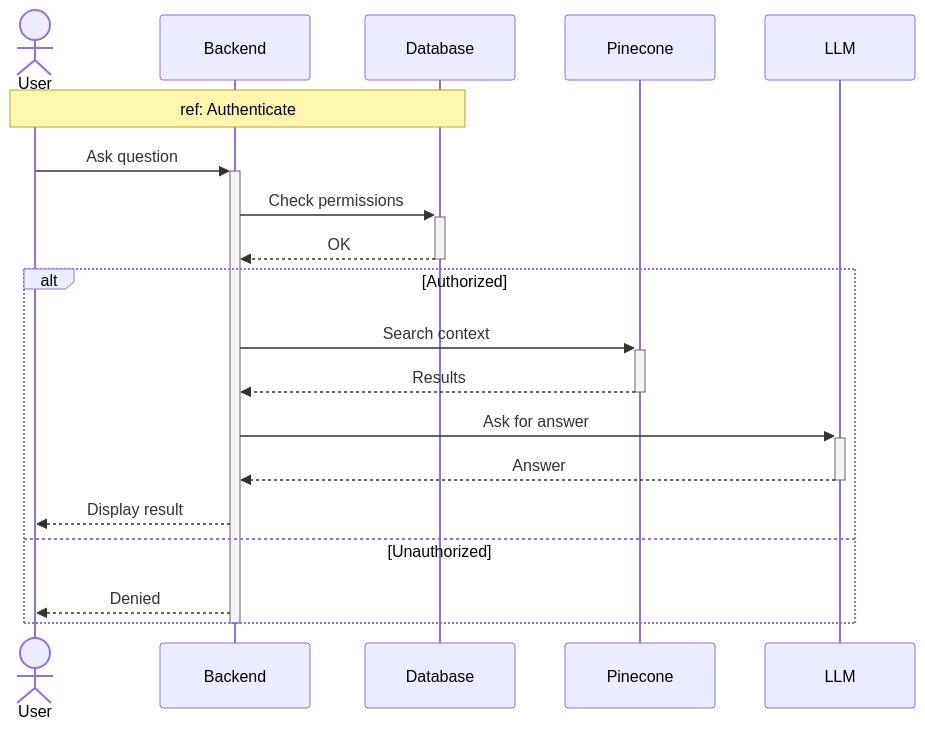
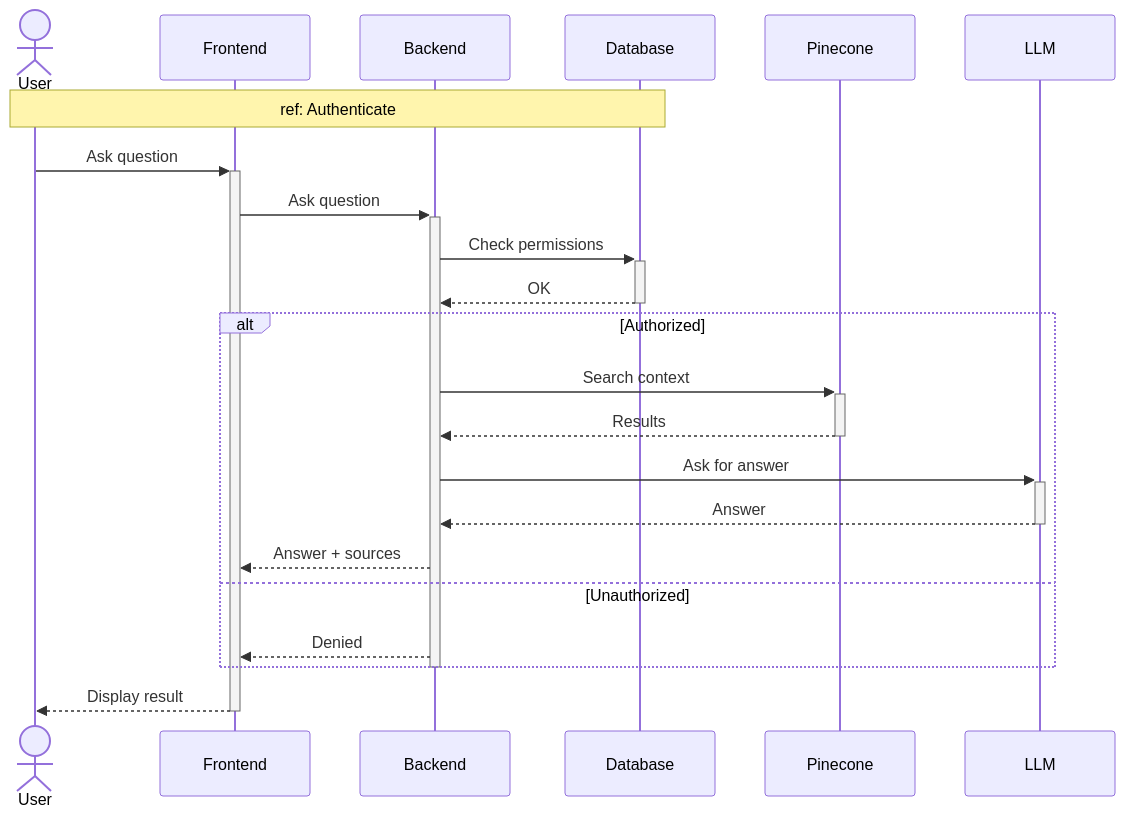
Diagram 14 of 16 in docs/SEQUENCE_DIAGRAMS.md (MohamedChebbi123/teamnest), drawn with Mermaid before and after one commit. The commit also changed other lines of this file, not shown here.

````diff
--- a/docs/SEQUENCE_DIAGRAMS.md
+++ b/docs/SEQUENCE_DIAGRAMS.md
@@ -479,24 +533,27 @@
 ```mermaid
 sequenceDiagram
     actor User
+    participant FE as Frontend
     participant API as Backend
     participant DB as Database
     participant Vec as Pinecone
     participant LLM
 
     Note over User,DB: ref: Authenticate
 
-    User->>+API: Ask question
+    User->>+FE: Ask question
+    FE->>+API: Ask question
     API->>+DB: Check permissions
     DB-->>-API: OK
     alt Authorized
         API->>+Vec: Search context
         Vec-->>-API: Results
         API->>+LLM: Ask for answer
         LLM-->>-API: Answer
-        API-->>User: Display result
+        API-->>FE: Answer + sources
     else Unauthorized
-        API-->>User: Denied
+        API-->>FE: Denied
     end
     deactivate API
+    FE-->>-User: Display result
 ```
````
